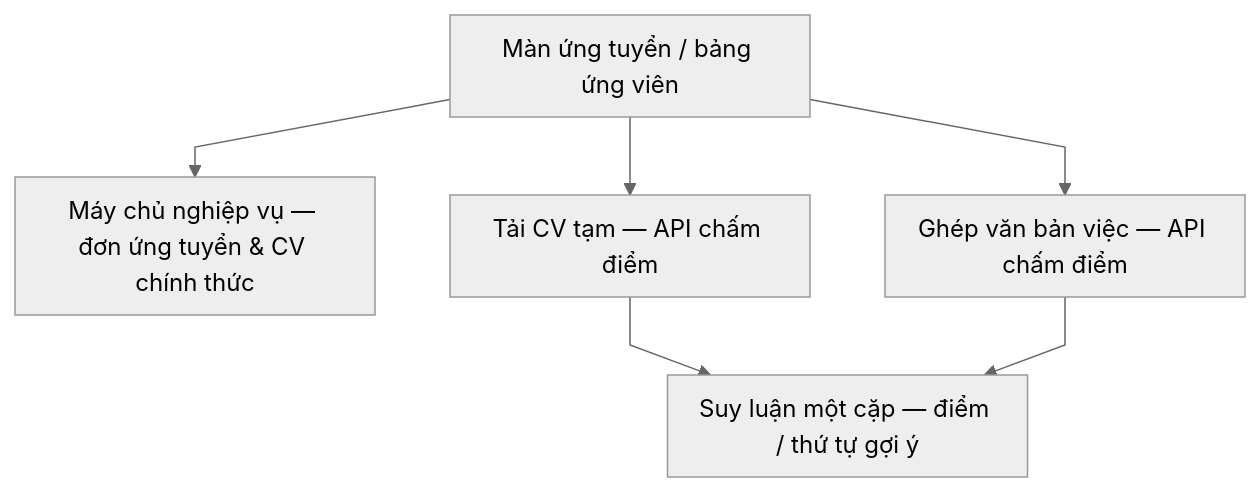
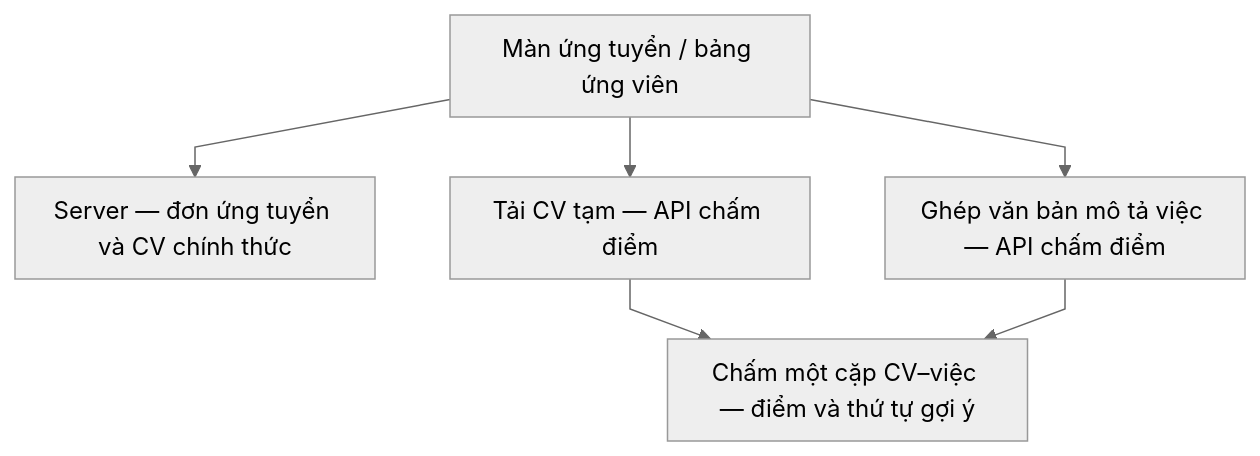
The first of 2 diagrams in cv-ai-scoring.md (dmt041104111003/docs-nckh), drawn with Mermaid (neutral theme) before and after one commit. The commit also changed other lines of this file and 8 other files, not shown here.

````diff
--- a/cv-ai-scoring.md
+++ b/cv-ai-scoring.md
@@ -54,14 +57,14 @@
 ```mermaid
 %%{init: {"flowchart": {"curve": "linear", "padding": 10, "rankSpacing": 40}}}%%
 flowchart TB
   UI[Màn ứng tuyển / bảng ứng viên]
-  JOB[Máy chủ nghiệp vụ — đơn ứng tuyển & CV chính thức]
+  JOB[Server — đơn ứng tuyển và CV chính thức]
   UP[Tải CV tạm — API chấm điểm]
-  JB[Ghép văn bản việc — API chấm điểm]
-  AN[Suy luận một cặp — điểm / thứ tự gợi ý]
+  JB[Ghép văn bản mô tả việc — API chấm điểm]
+  AN[Chấm một cặp CV–việc — điểm và thứ tự gợi ý]
   UI --> JOB
   UI --> UP
   UI --> JB
   UP --> AN
   JB --> AN
 ```
````
